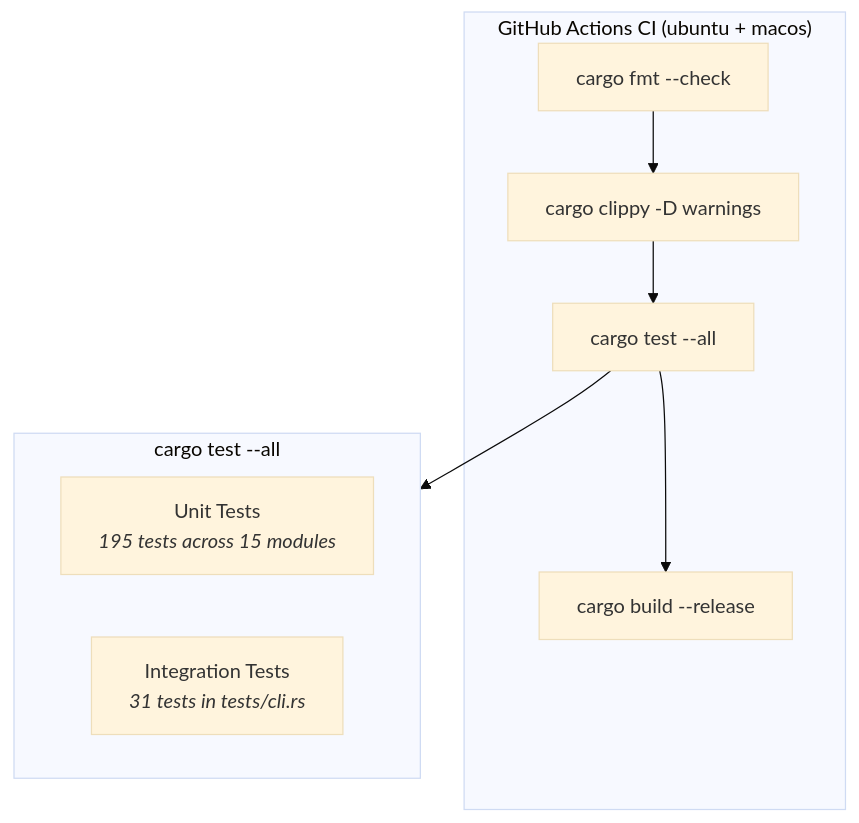
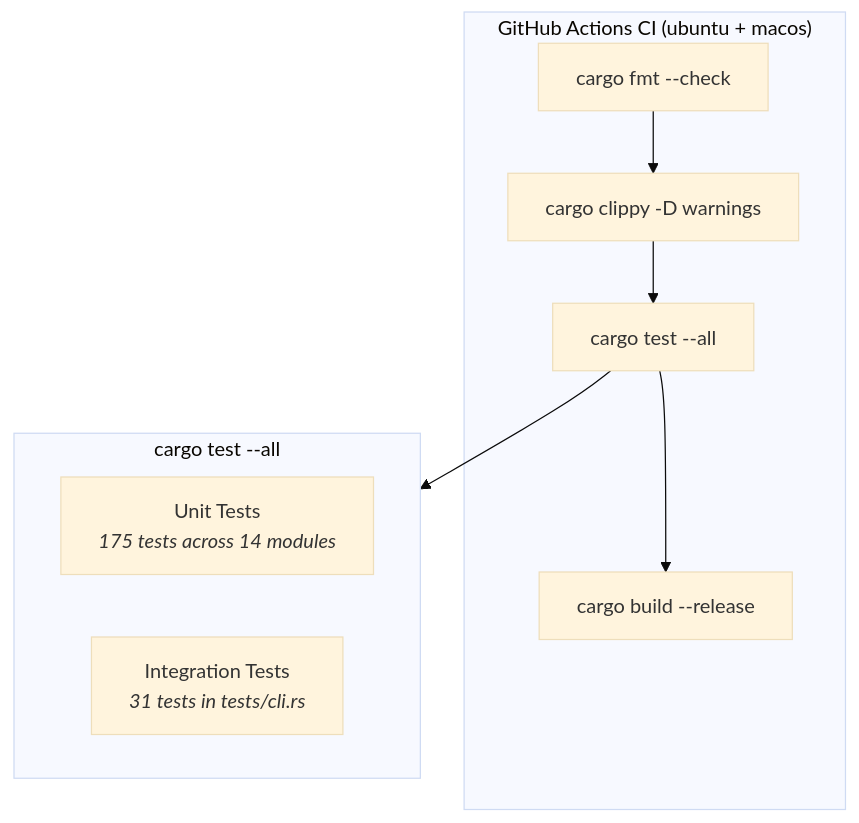
The first of 5 diagrams in docs/src/test-setup.md (MartinP7r/tome), drawn with Mermaid (base theme) before and after one commit. The commit also changed other lines of this file and 10 other files, not shown here.

````diff
--- a/docs/src/test-setup.md
+++ b/docs/src/test-setup.md
@@ -7,17 +7,17 @@
 ```mermaid
 graph TB
     subgraph CI["GitHub Actions CI (ubuntu + macos)"]
         FMT["cargo fmt --check"]
         CLIP["cargo clippy -D warnings"]
         TEST["cargo test --all"]
         BUILD["cargo build --release"]
         FMT --> CLIP --> TEST --> BUILD
     end
 
     subgraph TEST_SUITE["cargo test --all"]
-        UNIT["Unit Tests<br/><i>195 tests across 15 modules</i>"]
+        UNIT["Unit Tests<br/><i>175 tests across 14 modules</i>"]
         INTEG["Integration Tests<br/><i>31 tests in tests/cli.rs</i>"]
     end
 
     TEST --> TEST_SUITE
 ```
````
